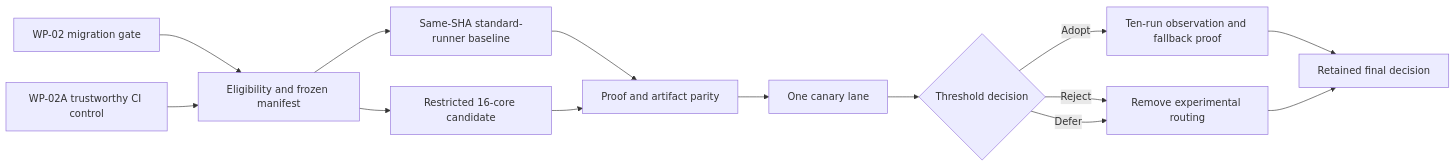
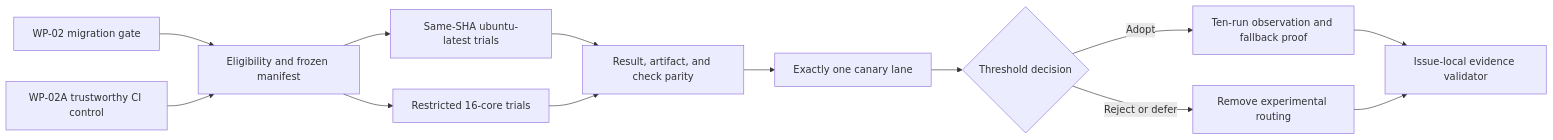
Before and after one commit to danielbaustin/agent-design-language: the diagram in .csdlc/prepared/issues/5853/diagram.mmd, drawn with Mermaid. The commit also changed 148 other files, not shown here.

```diff
--- a/.csdlc/prepared/issues/5853/diagram.mmd
+++ b/.csdlc/prepared/issues/5853/diagram.mmd
@@ -1,14 +1,13 @@
 flowchart LR
   M["WP-02 migration gate"] --> E["Eligibility and frozen manifest"]
   C["WP-02A trustworthy CI control"] --> E
-  E --> B["Same-SHA standard-runner baseline"]
-  E --> R["Restricted 16-core candidate"]
-  B --> P["Proof and artifact parity"]
+  E --> B["Same-SHA ubuntu-latest trials"]
+  E --> R["Restricted 16-core trials"]
+  B --> P["Result, artifact, and check parity"]
   R --> P
-  P --> K["One canary lane"]
+  P --> K["Exactly one canary lane"]
   K --> D{"Threshold decision"}
   D -->|Adopt| O["Ten-run observation and fallback proof"]
-  D -->|Reject| X["Remove experimental routing"]
-  D -->|Defer| X
-  O --> F["Retained final decision"]
-  X --> F
+  D -->|Reject or defer| X["Remove experimental routing"]
+  O --> V["Issue-local evidence validator"]
+  X --> V
```
